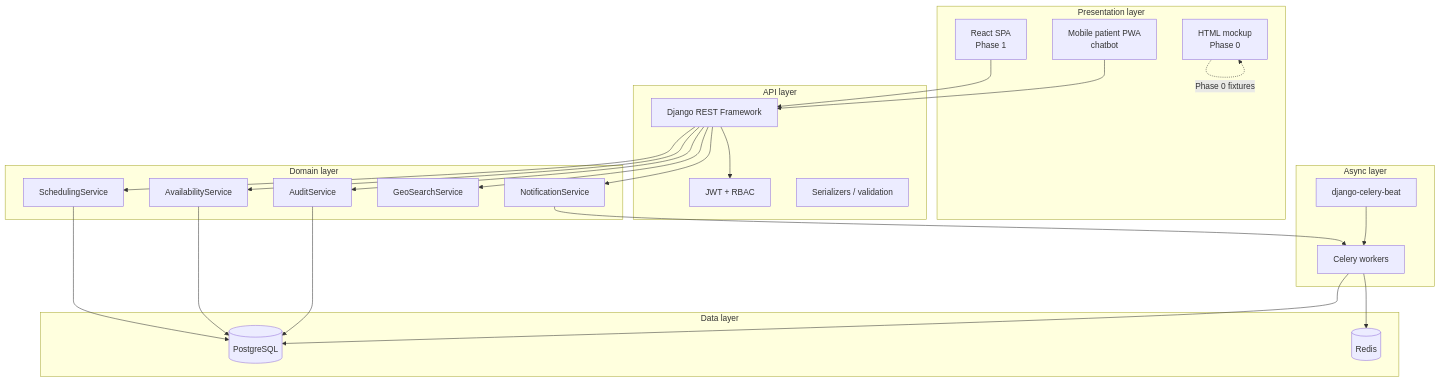
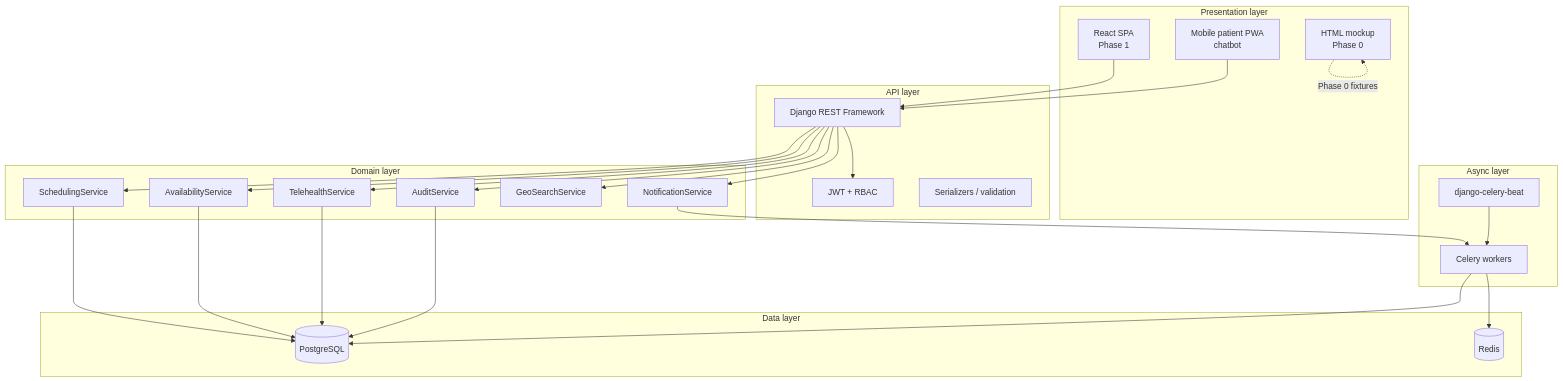
The second of 9 diagrams in docs/ARCHITECTURE.md (acollant/team06-Medical-Appointment-Coordination), drawn with Mermaid before and after one commit. The commit also changed other lines of this file and 12 other files, not shown here.

````diff
--- a/docs/ARCHITECTURE.md
+++ b/docs/ARCHITECTURE.md
@@ -54,49 +54,52 @@
 ```mermaid
 flowchart TB
   subgraph presentation [Presentation layer]
     ReactSPA[React SPA\nPhase 1]
     MobilePWA[Mobile patient PWA\nchatbot]
     Mockup[HTML mockup\nPhase 0]
   end
 
   subgraph api [API layer]
     DRF[Django REST Framework]
     Auth[JWT + RBAC]
     Serializers[Serializers / validation]
   end
 
   subgraph domain [Domain layer]
     Scheduling[SchedulingService]
     Availability[AvailabilityService]
+    Telehealth[TelehealthService]
     Notification[NotificationService]
     GeoSearch[GeoSearchService]
     Audit[AuditService]
   end
 
   subgraph data [Data layer]
     PG[(PostgreSQL)]
     Redis[(Redis)]
   end
 
   subgraph async [Async layer]
     Celery[Celery workers]
     Beat[django-celery-beat]
   end
 
   ReactSPA --> DRF
   MobilePWA --> DRF
   Mockup -.->|Phase 0 fixtures| Mockup
   DRF --> Auth
   DRF --> Scheduling
   DRF --> Availability
+  DRF --> Telehealth
   DRF --> Notification
   DRF --> GeoSearch
   DRF --> Audit
   Scheduling --> PG
   Availability --> PG
+  Telehealth --> PG
   Audit --> PG
   Notification --> Celery
   Celery --> Redis
   Celery --> PG
   Beat --> Celery
 ```
````
